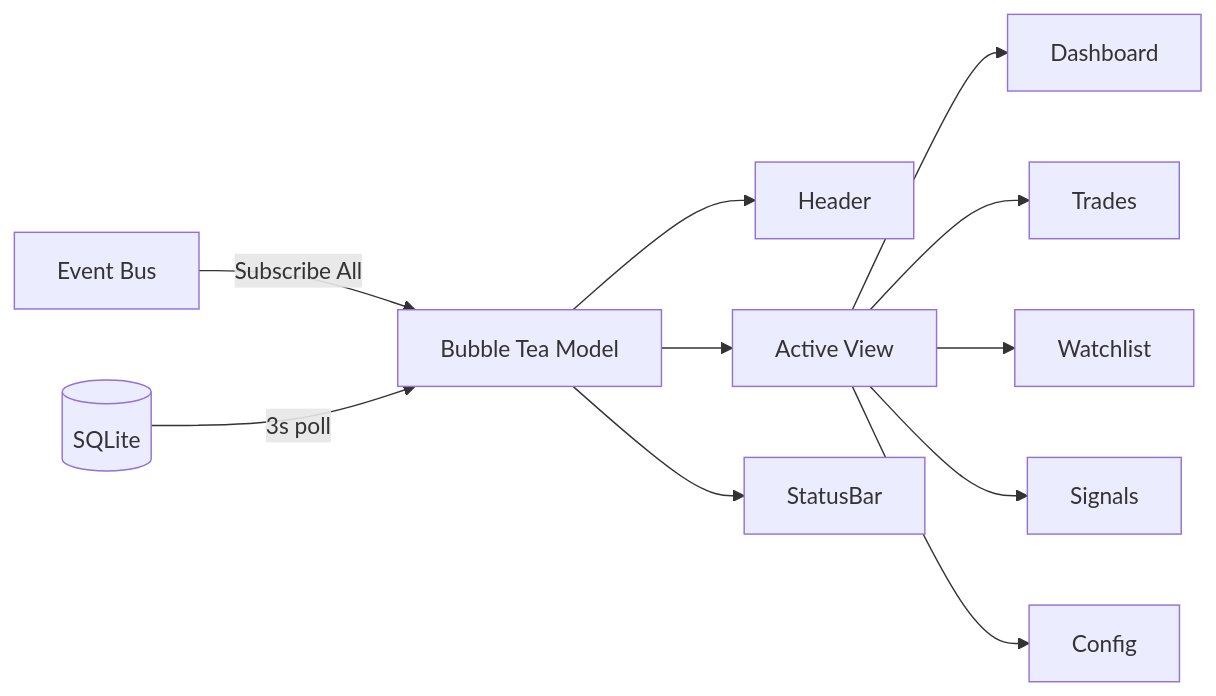
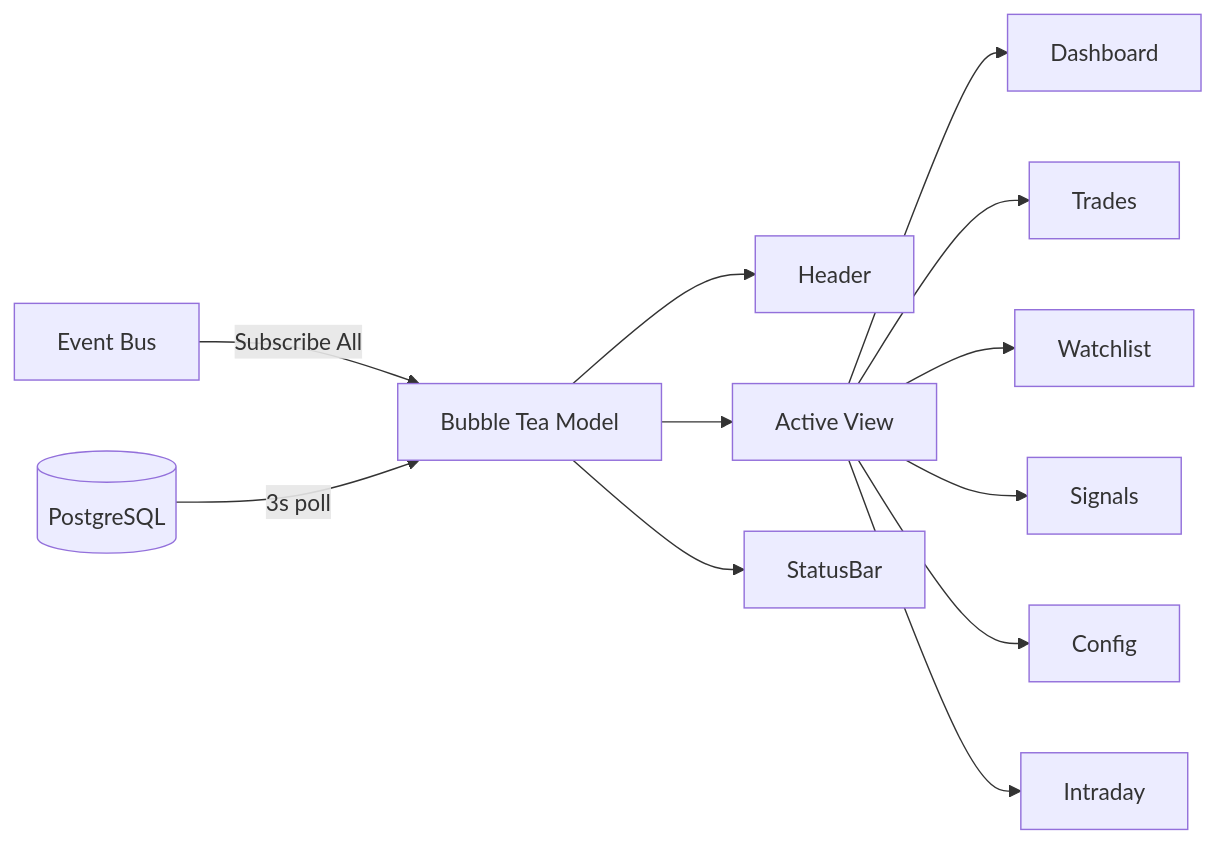
The diagram in internal/tui/README.md (romeo-folie/trade-engine), drawn with Mermaid before and after one commit. The commit also changed other lines of this file and 12 other files, not shown here.

Commit message:
feat(tui): add intraday strategy history

````diff
--- a/internal/tui/README.md
+++ b/internal/tui/README.md
@@ -8,14 +8,15 @@
 ```mermaid
 graph LR
     EB[Event Bus] -->|Subscribe All| TUI[Bubble Tea Model]
-    DB[(SQLite)] -->|3s poll| TUI
+    DB[(PostgreSQL)] -->|3s poll| TUI
     TUI --> Header
     TUI --> Body[Active View]
     TUI --> StatusBar
 
     Body --> V1[Dashboard]
     Body --> V2[Trades]
     Body --> V3[Watchlist]
     Body --> V4[Signals]
     Body --> V5[Config]
+    Body --> V6[Intraday]
 ```
````
